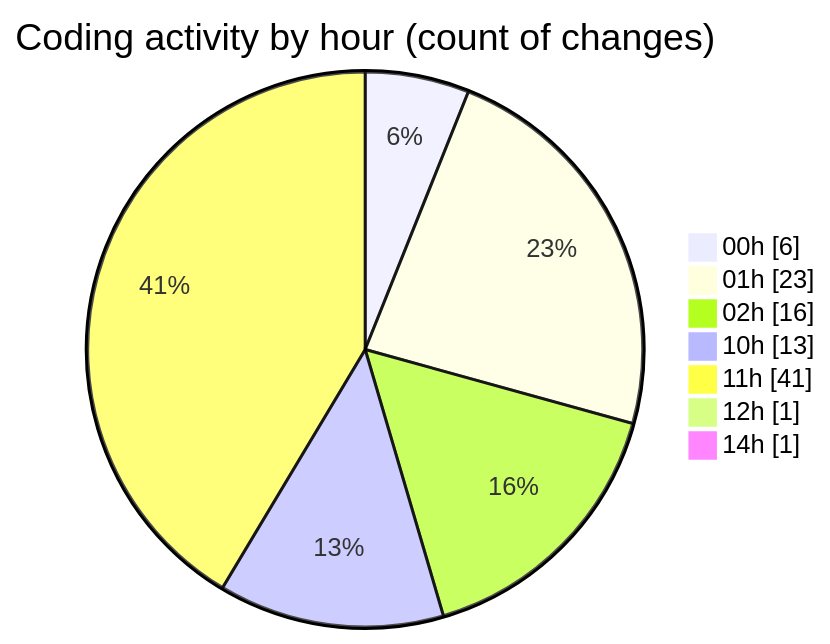
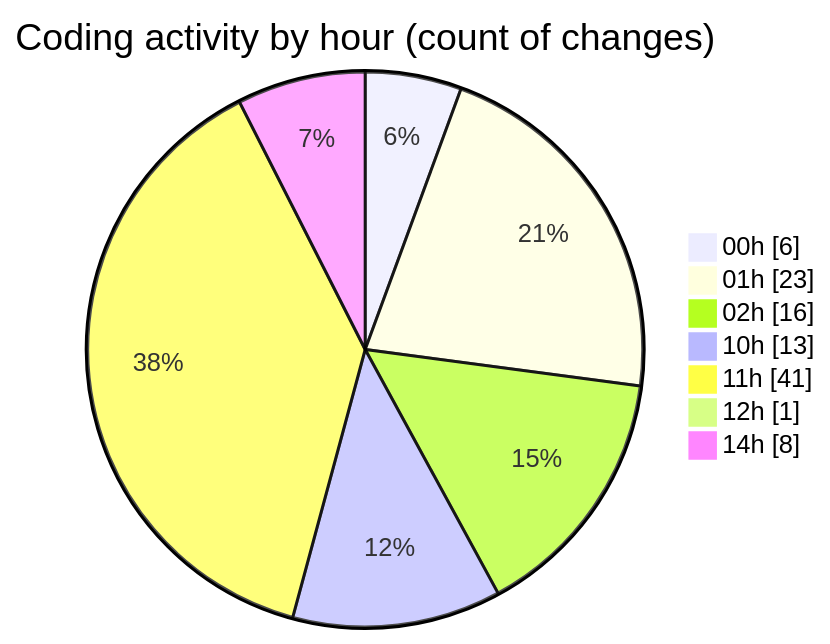
Before and after one commit to julien-gomy/code-tracking: the second of 2 diagrams in 2025-11-08/eventscop-frontend-guide__workspace_/README.md, drawn with Mermaid. The commit also changed other lines of this file and 1 other file, not shown here.

````diff
--- a/2025-11-08/eventscop-frontend-guide__workspace_/README.md
+++ b/2025-11-08/eventscop-frontend-guide__workspace_/README.md
@@ -54,11 +57,11 @@
 ```mermaid
 pie showData
 title Coding activity by hour (count of changes)
 "00h" : 6
 "01h" : 23
 "02h" : 16
 "10h" : 13
 "11h" : 41
 "12h" : 1
-"14h" : 1
+"14h" : 8
 ```
````
